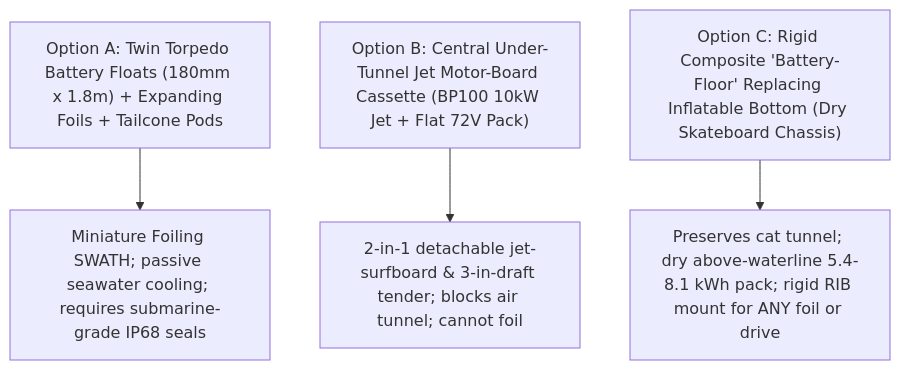
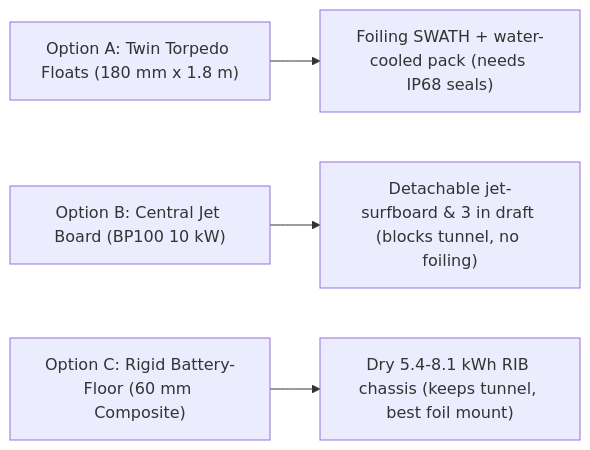
The third of 3 diagrams in electric-foiling-dinghy-guide.md (boats-boats-boats/flux-shaft), drawn with Mermaid before and after one commit. The commit also changed other lines of this file, not shown here.

Commit message:
Switch dinghy architecture flowcharts to stacked flowchart LR with concise labels for readability

````diff
--- a/electric-foiling-dinghy-guide.md
+++ b/electric-foiling-dinghy-guide.md
@@ -131,10 +126,6 @@
 ```mermaid
-flowchart TD
-    A["Option A: Twin Torpedo Battery Floats (180mm x 1.8m) + Expanding Foils + Tailcone Pods"]
-    B["Option B: Central Under-Tunnel Jet Motor-Board Cassette (BP100 10kW Jet + Flat 72V Pack)"]
-    C["Option C: Rigid Composite 'Battery-Floor' Replacing Inflatable Bottom (Dry Skateboard Chassis)"]
-
-    A --> A1["Miniature Foiling SWATH; passive seawater cooling; requires submarine-grade IP68 seals"]
-    B --> B1["2-in-1 detachable jet-surfboard & 3-in-draft tender; blocks air tunnel; cannot foil"]
-    C --> C1["Preserves cat tunnel; dry above-waterline 5.4-8.1 kWh pack; rigid RIB mount for ANY foil or drive"]
+flowchart LR
+    A["Option A: Twin Torpedo Floats (180 mm x 1.8 m)"] --> A1["Foiling SWATH + water-cooled pack (needs IP68 seals)"]
+    B["Option B: Central Jet Board (BP100 10 kW)"] --> B1["Detachable jet-surfboard & 3 in draft (blocks tunnel, no foiling)"]
+    C["Option C: Rigid Battery-Floor (60 mm Composite)"] --> C1["Dry 5.4-8.1 kWh RIB chassis (keeps tunnel, best foil mount)"]
 ```
````
